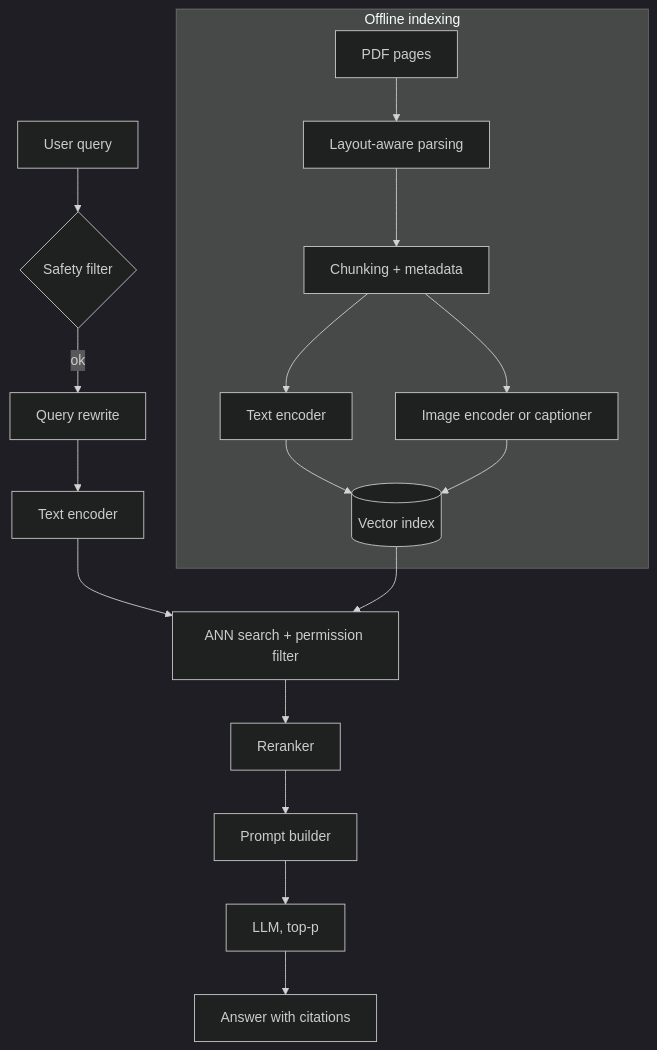
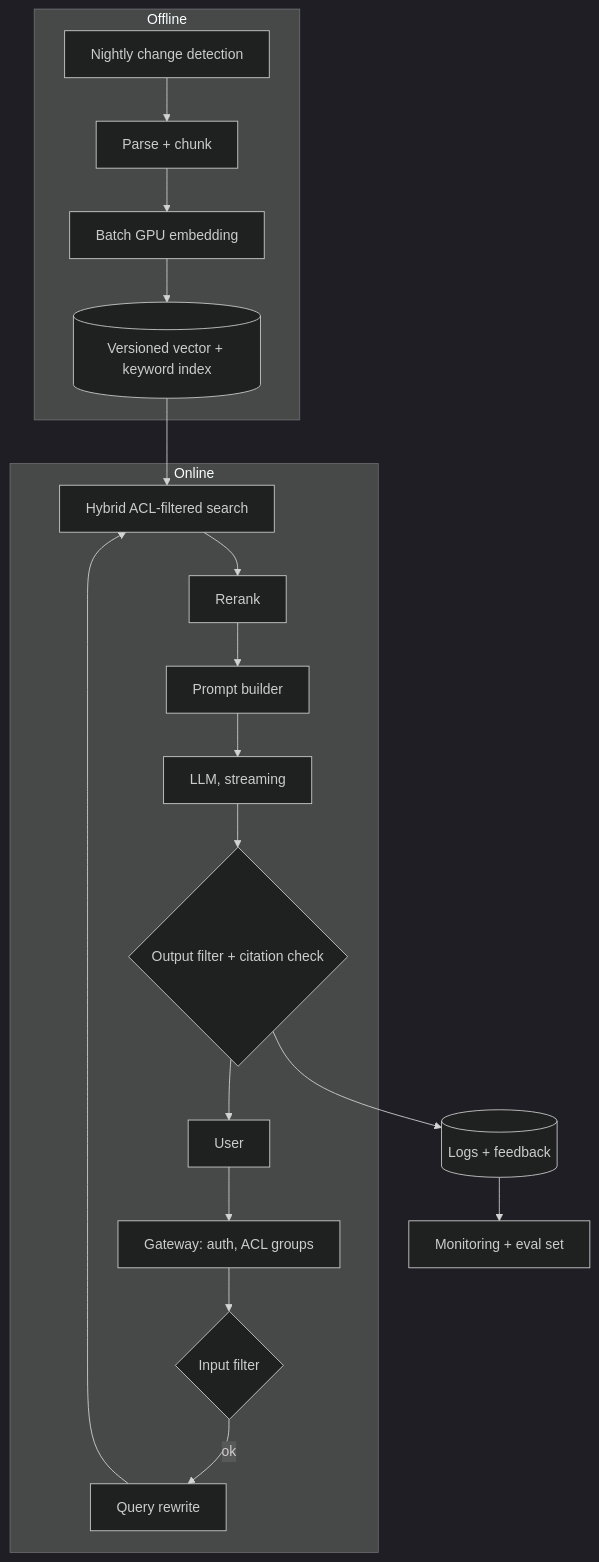
One commit to johklo/johklo.github.io changed the fifth of 6 diagrams in content/docs/tech/generative-ai-system-design-interview/06-retrieval-augmented-generation.md. Above: the diagram before and after it, drawn with Mermaid (dark theme). The commit also changed other lines of this file and 10 other files, not shown here.

````diff
--- a/content/docs/tech/generative-ai-system-design-interview/06-retrieval-augmented-generation.md
+++ b/content/docs/tech/generative-ai-system-design-interview/06-retrieval-augmented-generation.md
@@ -54,22 +272,24 @@
 ```mermaid
 flowchart TB
-    accTitle: RAG system for internal documents
-    accDescr: Offline, PDFs are parsed into blocks, chunked, embedded with text and image encoders and stored in a vector index. Online, a query passes a safety filter, is rewritten, embedded, and searched with approximate nearest neighbor search filtered by user permissions. Results are reranked, placed in a prompt and sent to the LLM, which returns an answer with citations.
-    subgraph Offline indexing
-        P[PDF pages] --> PA[Layout-aware parsing]
-        PA --> CH[Chunking + metadata]
-        CH --> TE1[Text encoder]
-        CH --> IE[Image encoder or captioner]
-        TE1 --> IDX[(Vector index)]
-        IE --> IDX
+    accTitle: End-to-end RAG serving architecture
+    accDescr: Offline, nightly change detection feeds parsing, chunking and batch embedding into a versioned index. Online, the gateway authenticates the user and resolves ACL groups, an input filter checks the query, the query is rewritten, hybrid ACL-filtered search and reranking select chunks, the prompt builder calls a streaming LLM, and an output filter with citation check returns the answer. Logs and feedback feed monitoring and the eval set.
+    subgraph Offline
+        CRAWL[Nightly change detection] --> PARSE[Parse + chunk]
+        PARSE --> EMB[Batch GPU embedding]
+        EMB --> IDXV[(Versioned vector + keyword index)]
     end
-    Q[User query] --> SF{Safety filter}
-    SF -- ok --> QE[Query rewrite]
-    QE --> TE2[Text encoder]
-    TE2 --> ANN[ANN search + permission filter]
-    IDX --> ANN
-    ANN --> RR[Reranker]
-    RR --> PR[Prompt builder]
-    PR --> LLM[LLM, top-p]
-    LLM --> A[Answer with citations]
+    subgraph Online
+        U[User] --> GW[Gateway: auth, ACL groups]
+        GW --> SIN{Input filter}
+        SIN -- ok --> QR[Query rewrite]
+        QR --> HY[Hybrid ACL-filtered search]
+        IDXV --> HY
+        HY --> RR[Rerank]
+        RR --> PB[Prompt builder]
+        PB --> LLM[LLM, streaming]
+        LLM --> SOUT{Output filter + citation check}
+        SOUT --> U
+    end
+    SOUT --> LOG[(Logs + feedback)]
+    LOG --> MON[Monitoring + eval set]
 ```
````
